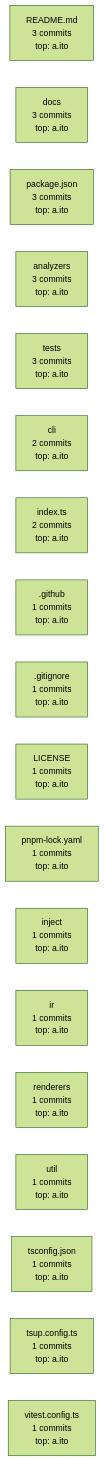
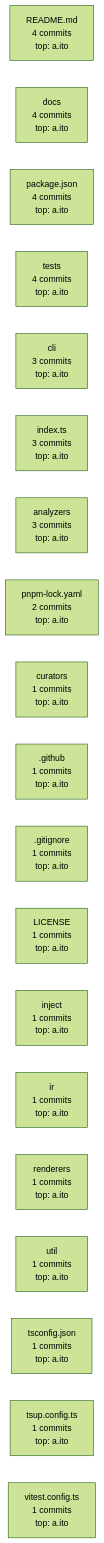
The diagram in docs/diagrams/git-history.md (BoxPistols/repolore), drawn with Mermaid (forest theme) before and after one commit. The commit also changed other lines of this file and 17 other files, not shown here.

````diff
--- a/docs/diagrams/git-history.md
+++ b/docs/diagrams/git-history.md
@@ -11,21 +11,22 @@
 ```mermaid
 flowchart LR
-    README_md["README.md<br/>3 commits<br/>top: a.ito"]
-    docs["docs<br/>3 commits<br/>top: a.ito"]
-    package_json["package.json<br/>3 commits<br/>top: a.ito"]
+    README_md["README.md<br/>4 commits<br/>top: a.ito"]
+    docs["docs<br/>4 commits<br/>top: a.ito"]
+    package_json["package.json<br/>4 commits<br/>top: a.ito"]
+    tests["tests<br/>4 commits<br/>top: a.ito"]
+    cli["cli<br/>3 commits<br/>top: a.ito"]
+    index_ts["index.ts<br/>3 commits<br/>top: a.ito"]
     analyzers["analyzers<br/>3 commits<br/>top: a.ito"]
-    tests["tests<br/>3 commits<br/>top: a.ito"]
-    cli["cli<br/>2 commits<br/>top: a.ito"]
-    index_ts["index.ts<br/>2 commits<br/>top: a.ito"]
+    pnpm_lock_yaml["pnpm-lock.yaml<br/>2 commits<br/>top: a.ito"]
+    curators["curators<br/>1 commits<br/>top: a.ito"]
     _github[".github<br/>1 commits<br/>top: a.ito"]
     _gitignore[".gitignore<br/>1 commits<br/>top: a.ito"]
     LICENSE["LICENSE<br/>1 commits<br/>top: a.ito"]
-    pnpm_lock_yaml["pnpm-lock.yaml<br/>1 commits<br/>top: a.ito"]
     inject["inject<br/>1 commits<br/>top: a.ito"]
     ir["ir<br/>1 commits<br/>top: a.ito"]
     renderers["renderers<br/>1 commits<br/>top: a.ito"]
     util["util<br/>1 commits<br/>top: a.ito"]
     tsconfig_json["tsconfig.json<br/>1 commits<br/>top: a.ito"]
     tsup_config_ts["tsup.config.ts<br/>1 commits<br/>top: a.ito"]
     vitest_config_ts["vitest.config.ts<br/>1 commits<br/>top: a.ito"]
 ```
````
